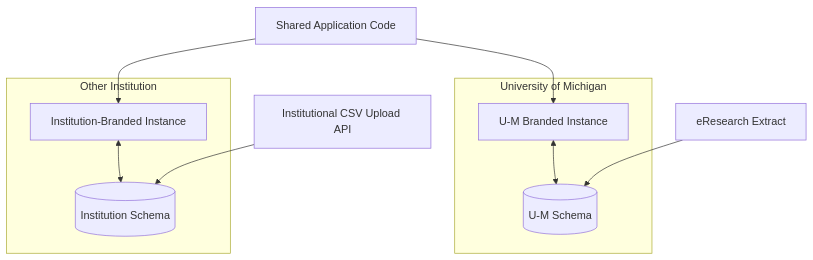
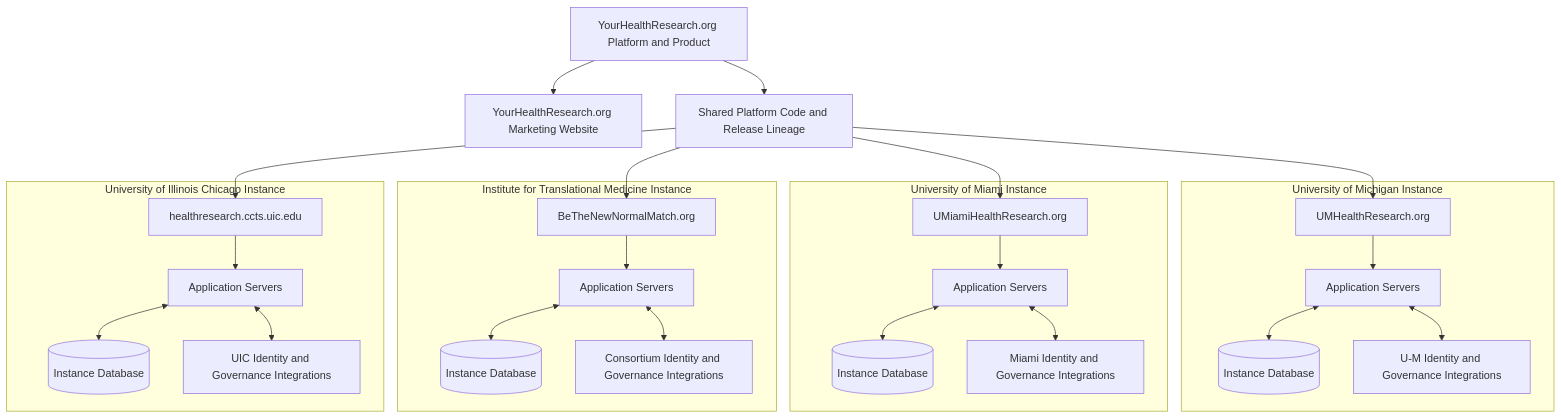
One commit to umich-michr/yhr-context changed the diagram in docs/02-architecture/multi-institution-deployment.md. Above: the diagram before and after it, drawn with Mermaid. The commit also changed other lines of this file and 79 other files, not shown here.

````diff
--- a/docs/02-architecture/multi-institution-deployment.md
+++ b/docs/02-architecture/multi-institution-deployment.md
@@ -20,22 +55,53 @@
 ```mermaid
 flowchart TB
-    CODE[Shared Application Code]
+    PRODUCT[YourHealthResearch.org Platform and Product]
+    MARKETING[YourHealthResearch.org Marketing Website]
+    CODE[Shared Platform Code and Release Lineage]
 
-    subgraph UM["University of Michigan"]
-        UMA[U-M Branded Instance]
-        UMD[(U-M Schema)]
-        UMA <--> UMD
+    subgraph UM["University of Michigan Instance"]
+        UMA[UMHealthResearch.org]
+        UMS[Application Servers]
+        UMD[(Instance Database)]
+        UMI[U-M Identity and Governance Integrations]
+        UMA --> UMS
+        UMS <--> UMD
+        UMS <--> UMI
     end
 
-    subgraph OTHER["Other Institution"]
-        OA[Institution-Branded Instance]
-        OD[(Institution Schema)]
-        OA <--> OD
+    subgraph MIAMI["University of Miami Instance"]
+        MA[UMiamiHealthResearch.org]
+        MS[Application Servers]
+        MD[(Instance Database)]
+        MI[Miami Identity and Governance Integrations]
+        MA --> MS
+        MS <--> MD
+        MS <--> MI
     end
 
+    subgraph ITM["Institute for Translational Medicine Instance"]
+        IA[BeTheNewNormalMatch.org]
+        IS[Application Servers]
+        ID[(Instance Database)]
+        II[Consortium Identity and Governance Integrations]
+        IA --> IS
+        IS <--> ID
+        IS <--> II
+    end
+
+    subgraph UIC["University of Illinois Chicago Instance"]
+        UA[healthresearch.ccts.uic.edu]
+        US[Application Servers]
+        UD[(Instance Database)]
+        UI[UIC Identity and Governance Integrations]
+        UA --> US
+        US <--> UD
+        US <--> UI
+    end
+
+    PRODUCT --> MARKETING
+    PRODUCT --> CODE
     CODE --> UMA
-    CODE --> OA
-
-    ER[eResearch Extract] --> UMD
-    API[Institutional CSV Upload API] --> OD
+    CODE --> MA
+    CODE --> IA
+    CODE --> UA
 ```
````
